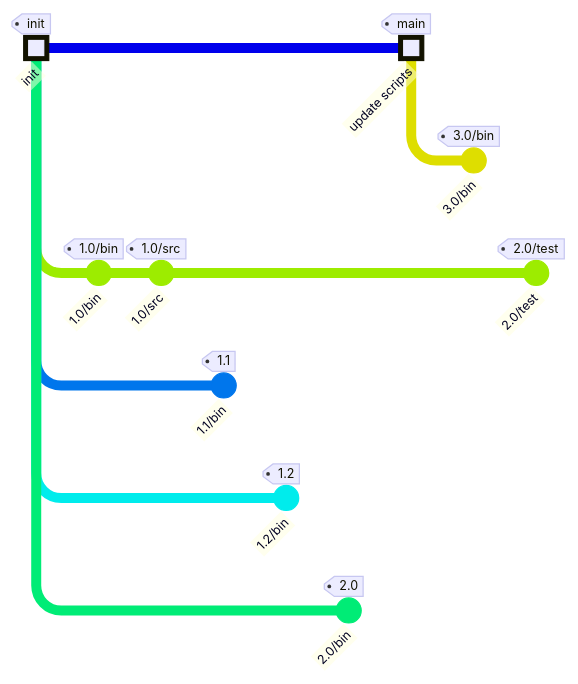
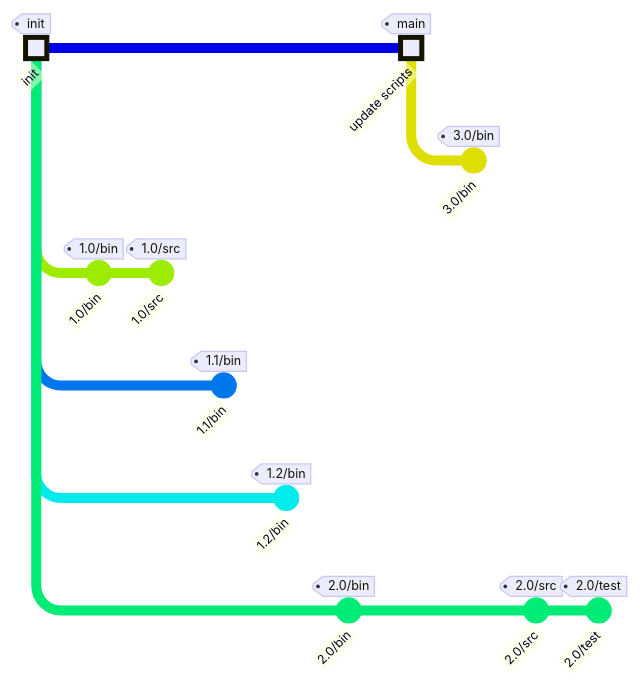
One commit to Praqma/git-artifact changed the diagram in README.md. Above: the diagram before and after it, drawn with Mermaid. The commit also changed other lines of this file, not shown here.

Commit message:
Fixes gh-9 : drawing in readme.md for 2.0/test is not logical placed correctly (#12)

````diff
--- a/README.md
+++ b/README.md
@@ -45,31 +45,32 @@
 ``` mermaid
 %%{init: { 
     'gitGraph': {
         'loglevel' : 'debug',
         'orientation': 'vertical', 
         'showCommitLabel': true, 
         'showBranches': false
     }} }%%
 gitGraph:
    commit id: "init" tag: "init" type:  HIGHLIGHT
    branch latest-1.0 order: 2
    branch latest-1.1 order: 3
    branch latest-1.2 order: 4
    branch latest-2.0 order: 5
    checkout latest-1.0
    commit id: "1.0/bin" tag: "1.0/bin"
    commit id: "1.0/src" tag: "1.0/src"
    checkout latest-1.1
-   commit id: "1.1/bin" tag: "1.1"
+   commit id: "1.1/bin" tag: "1.1/bin"
    checkout latest-1.2
-   commit id: "1.2/bin" tag: "1.2"
+   commit id: "1.2/bin" tag: "1.2/bin"
    checkout latest-2.0
-   commit id: "2.0/bin" tag: "2.0"
+   commit id: "2.0/bin" tag: "2.0/bin"
    checkout main
    commit id: "update scripts" tag: "main" type:  HIGHLIGHT
    branch foo order: 1
    checkout foo
    commit id: "3.0/bin" tag: "3.0/bin"
-   checkout latest-1.0
+   checkout latest-2.0
+   commit id: "2.0/src" tag: "2.0/src"
    commit id: "2.0/test" tag: "2.0/test"
 ``` 
````
